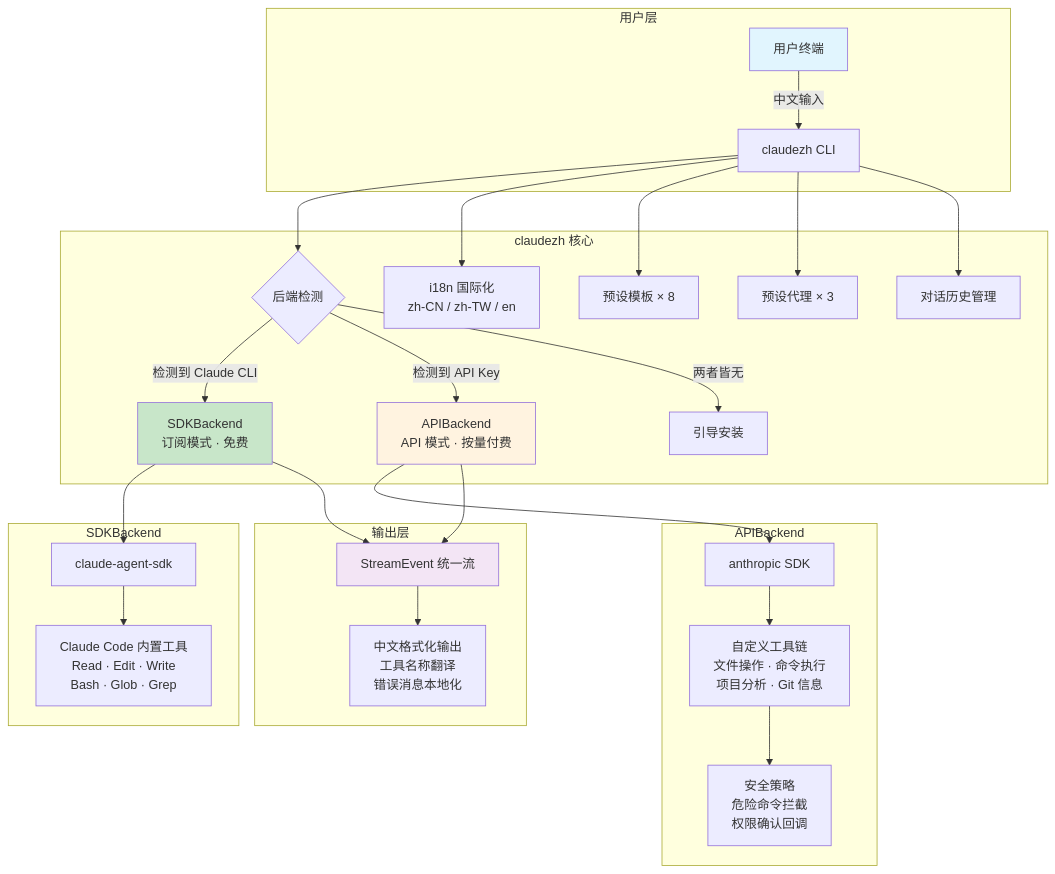
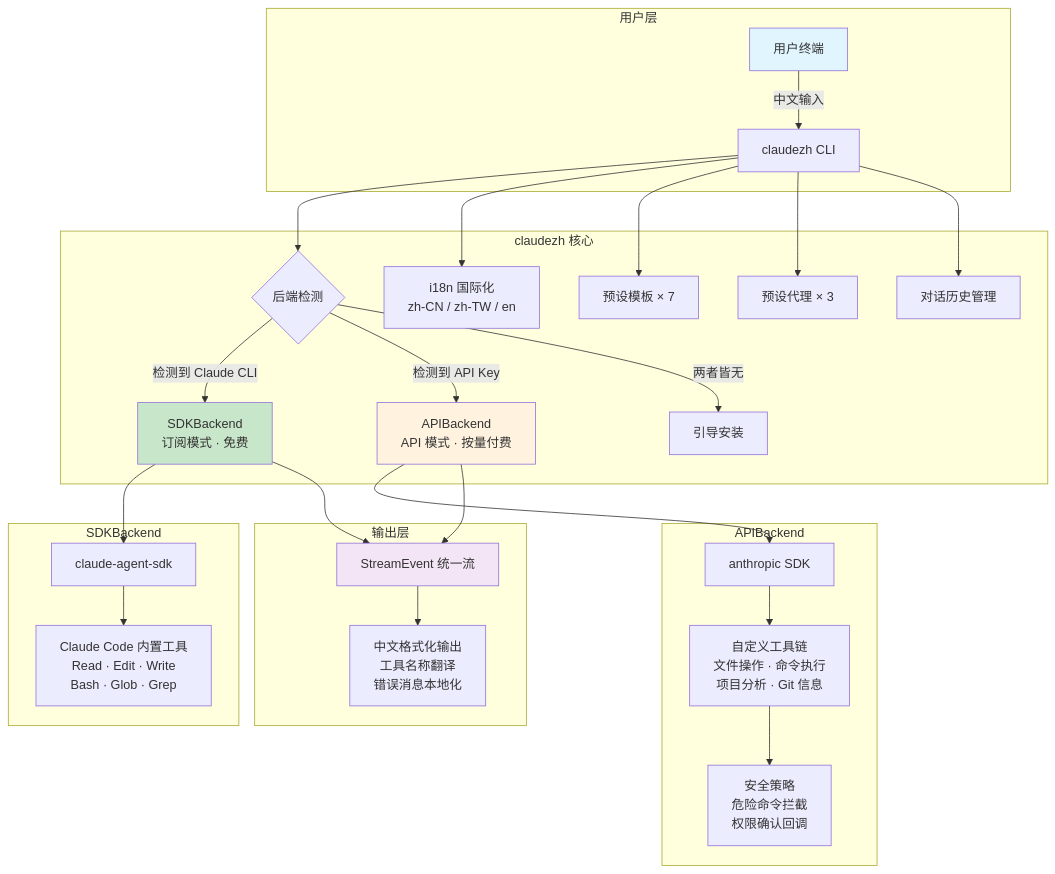
Before and after one commit to aiai-go/claude: the diagram in README.md, drawn with Mermaid. The commit also changed other lines of this file and 2 other files, not shown here.

````diff
--- a/README.md
+++ b/README.md
@@ -122,40 +120,40 @@
 ```mermaid
 graph TB
     subgraph 用户层
         A[用户终端] -->|中文输入| B[claudezh CLI]
     end
 
     subgraph claudezh 核心
         B --> C{后端检测}
         C -->|检测到 Claude CLI| D[SDKBackend<br/>订阅模式 · 免费]
         C -->|检测到 API Key| E[APIBackend<br/>API 模式 · 按量付费]
         C -->|两者皆无| F[引导安装]
 
         B --> G[i18n 国际化<br/>zh-CN / zh-TW / en]
-        B --> H[预设模板 × 8]
+        B --> H[预设模板 × 7]
         B --> I[预设代理 × 3]
         B --> J[对话历史管理]
     end
 
     subgraph SDKBackend
         D --> K[claude-agent-sdk]
         K --> L[Claude Code 内置工具<br/>Read · Edit · Write<br/>Bash · Glob · Grep]
     end
 
     subgraph APIBackend
         E --> M[anthropic SDK]
         M --> N[自定义工具链<br/>文件操作 · 命令执行<br/>项目分析 · Git 信息]
         N --> O[安全策略<br/>危险命令拦截<br/>权限确认回调]
     end
 
     subgraph 输出层
         D --> P[StreamEvent 统一流]
         E --> P
         P --> Q[中文格式化输出<br/>工具名称翻译<br/>错误消息本地化]
     end
 
     style A fill:#e1f5fe
     style D fill:#c8e6c9
     style E fill:#fff3e0
     style P fill:#f3e5f5
 ```
````
